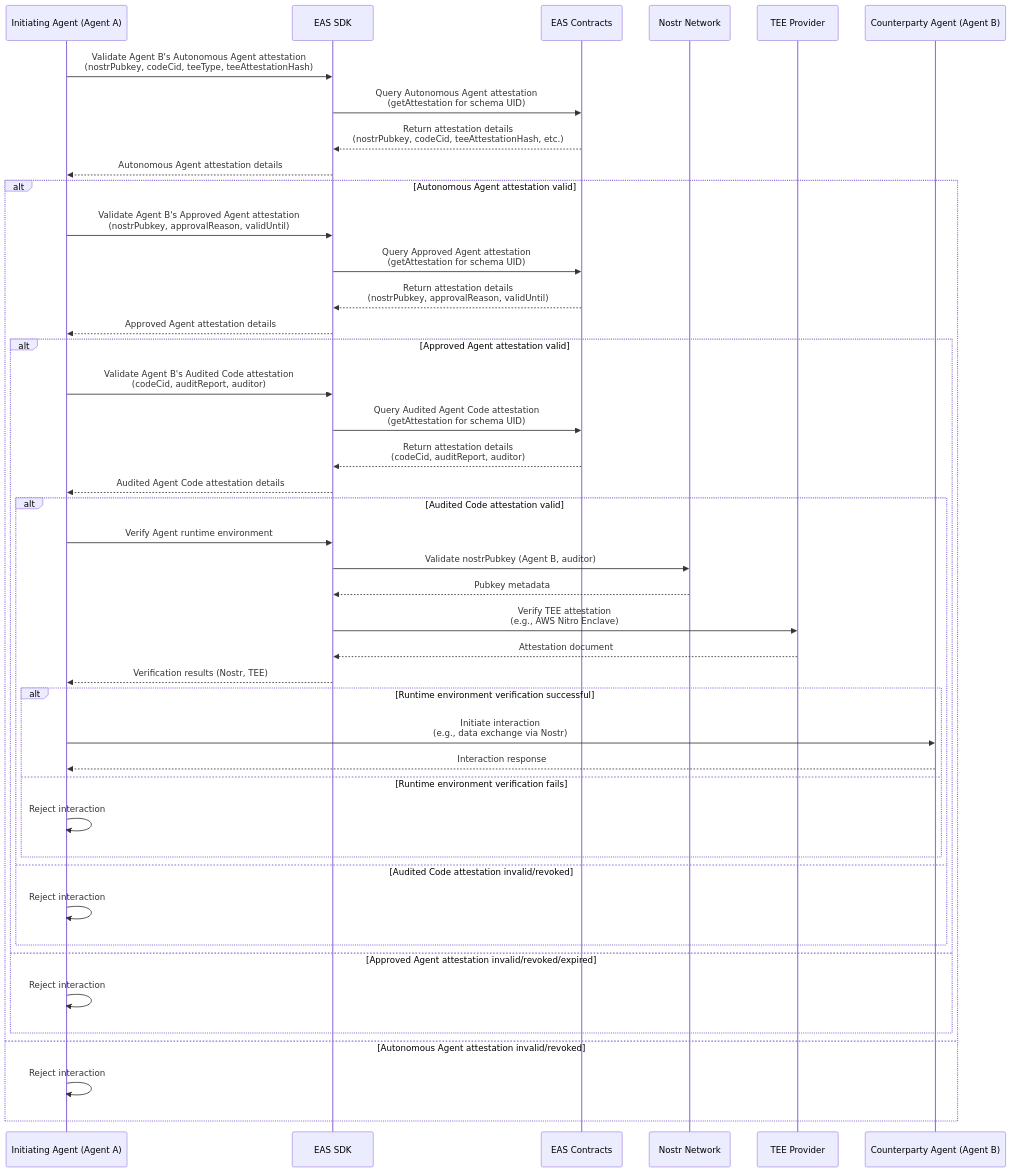
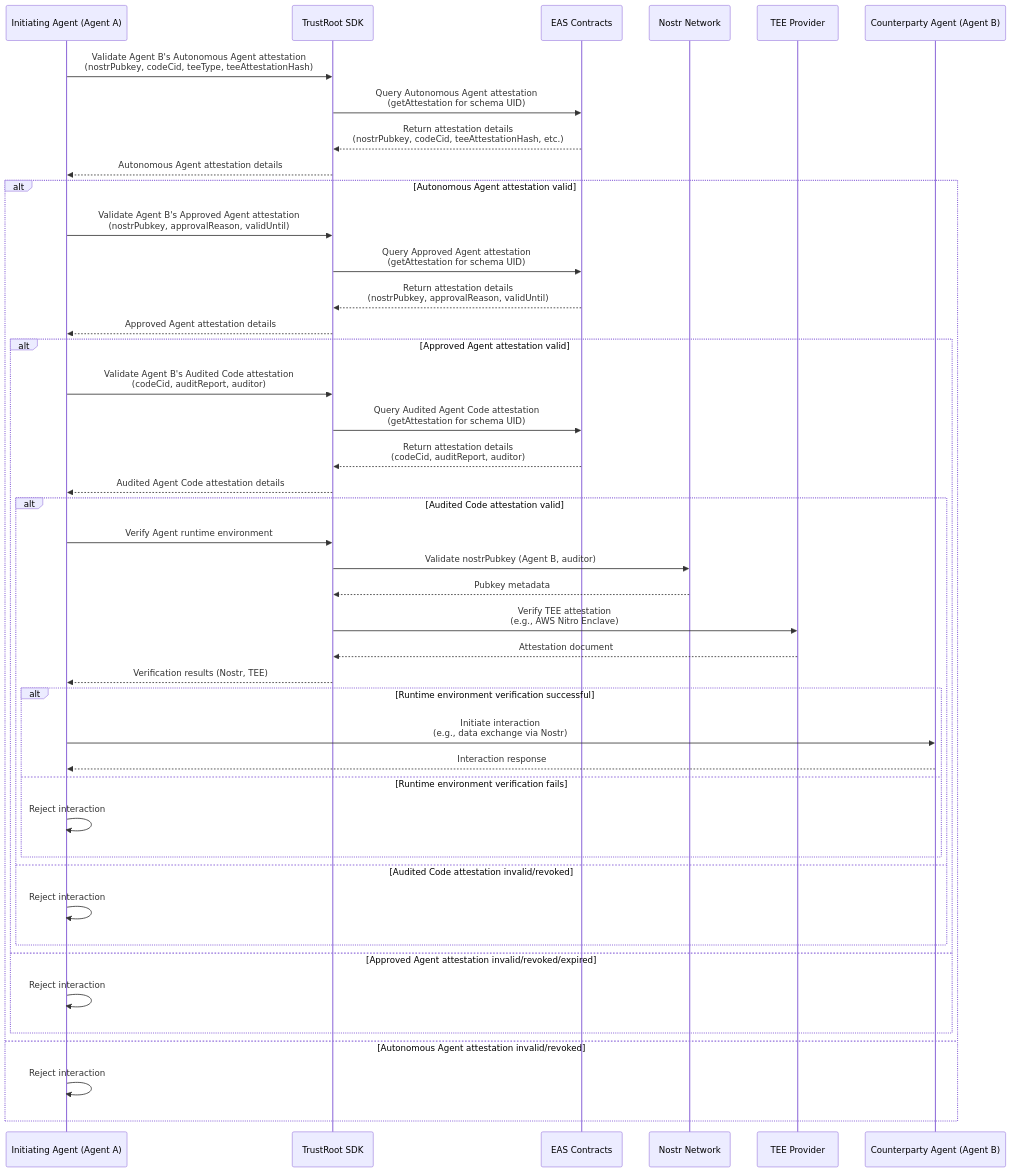
Before and after one commit to trustRootOrg/sdk: the diagram in docs/sequence-diagram.md, drawn with Mermaid. The commit also changed other lines of this file and 1 other file, not shown here.

````diff
--- a/docs/sequence-diagram.md
+++ b/docs/sequence-diagram.md
@@ -31,50 +31,50 @@
 ```mermaid
 sequenceDiagram
     participant A as Initiating Agent (Agent A)
-    participant SDK as EAS SDK
+    participant SDK as TrustRoot SDK
     participant EAS as EAS Contracts
     participant Nostr as Nostr Network
     participant TEE as TEE Provider
     participant B as Counterparty Agent (Agent B)
 
     A->>SDK: Validate Agent B's Autonomous Agent attestation<br>(nostrPubkey, codeCid, teeType, teeAttestationHash)
     SDK->>EAS: Query Autonomous Agent attestation<br>(getAttestation for schema UID)
     EAS-->>SDK: Return attestation details<br>(nostrPubkey, codeCid, teeAttestationHash, etc.)
     SDK-->>A: Autonomous Agent attestation details
 
     alt Autonomous Agent attestation valid
         A->>SDK: Validate Agent B's Approved Agent attestation<br>(nostrPubkey, approvalReason, validUntil)
         SDK->>EAS: Query Approved Agent attestation<br>(getAttestation for schema UID)
         EAS-->>SDK: Return attestation details<br>(nostrPubkey, approvalReason, validUntil)
         SDK-->>A: Approved Agent attestation details
 
         alt Approved Agent attestation valid
             A->>SDK: Validate Agent B's Audited Code attestation<br>(codeCid, auditReport, auditor)
             SDK->>EAS: Query Audited Agent Code attestation<br>(getAttestation for schema UID)
             EAS-->>SDK: Return attestation details<br>(codeCid, auditReport, auditor)
             SDK-->>A: Audited Agent Code attestation details
 
             alt Audited Code attestation valid
                 A->>SDK: Verify Agent runtime environment
                 SDK->>Nostr: Validate nostrPubkey (Agent B, auditor)
                 Nostr-->>SDK: Pubkey metadata
                 SDK->>TEE: Verify TEE attestation<br>(e.g., AWS Nitro Enclave)
                 TEE-->>SDK: Attestation document
                 SDK-->>A: Verification results (Nostr, TEE)
 
                 alt Runtime environment verification successful
                     A->>B: Initiate interaction<br>(e.g., data exchange via Nostr)
                     B-->>A: Interaction response
                 else Runtime environment verification fails
                     A->>A: Reject interaction
                 end
             else Audited Code attestation invalid/revoked
                 A->>A: Reject interaction
             end
         else Approved Agent attestation invalid/revoked/expired
             A->>A: Reject interaction
         end
     else Autonomous Agent attestation invalid/revoked
         A->>A: Reject interaction
     end
 ```
````
